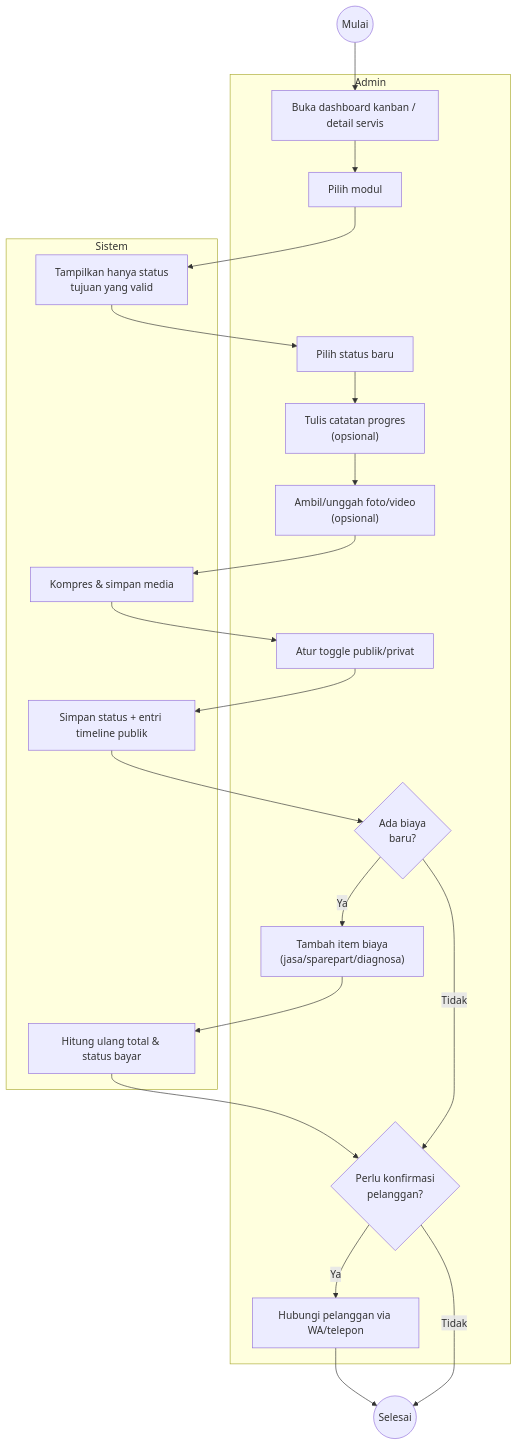
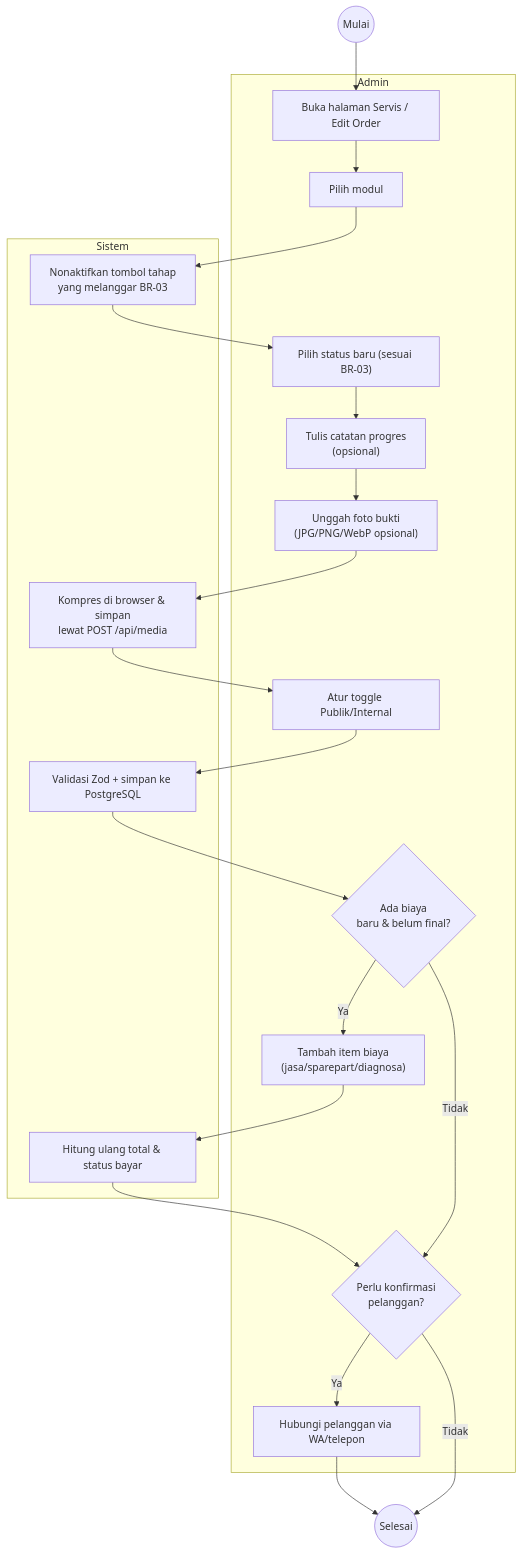
Before and after one commit to feb027/Capstone_Multitech: the second of 6 diagrams in docs/04-activity-diagram.md, drawn with Mermaid. The commit also changed other lines of this file and 13 other files, not shown here.

Commit message:
docs(capstone): sync specifications, add Mermaid architecture diagrams, UNSIL report materials, and comprehensive README

````diff
--- a/docs/04-activity-diagram.md
+++ b/docs/04-activity-diagram.md
@@ -44,26 +44,26 @@
 ```mermaid
 flowchart TD
     S((Mulai)) --> A1
     subgraph ADM["Admin"]
-        A1["Buka dashboard kanban / detail servis"] --> A2["Pilih modul"]
-        A3["Pilih status baru"]
+        A1["Buka halaman Servis / Edit Order"] --> A2["Pilih modul"]
+        A3["Pilih status baru (sesuai BR-03)"]
         A4["Tulis catatan progres<br/>(opsional)"]
-        A5["Ambil/unggah foto/video<br/>(opsional)"]
-        A6["Atur toggle publik/privat"]
-        A7{"Ada biaya<br/>baru?"}
+        A5["Unggah foto bukti<br/>(JPG/PNG/WebP opsional)"]
+        A6["Atur toggle Publik/Internal"]
+        A7{"Ada biaya<br/>baru & belum final?"}
         A8["Tambah item biaya<br/>(jasa/sparepart/diagnosa)"]
         A9{"Perlu konfirmasi<br/>pelanggan?"}
         A10["Hubungi pelanggan via WA/telepon"]
     end
     subgraph SYS["Sistem"]
-        S1["Tampilkan hanya status<br/>tujuan yang valid"]
-        S2["Kompres & simpan media"]
-        S3["Simpan status + entri timeline publik"]
+        S1["Nonaktifkan tombol tahap<br/>yang melanggar BR-03"]
+        S2["Kompres di browser & simpan<br/>lewat POST /api/media"]
+        S3["Validasi Zod + simpan ke PostgreSQL"]
         S4["Hitung ulang total & status bayar"]
     end
     A2 --> S1 --> A3 --> A4 --> A5 --> S2 --> A6 --> S3 --> A7
     A7 -- Ya --> A8 --> S4 --> A9
     A7 -- Tidak --> A9
     A9 -- Ya --> A10 --> E((Selesai))
     A9 -- Tidak --> E
 ```
````
